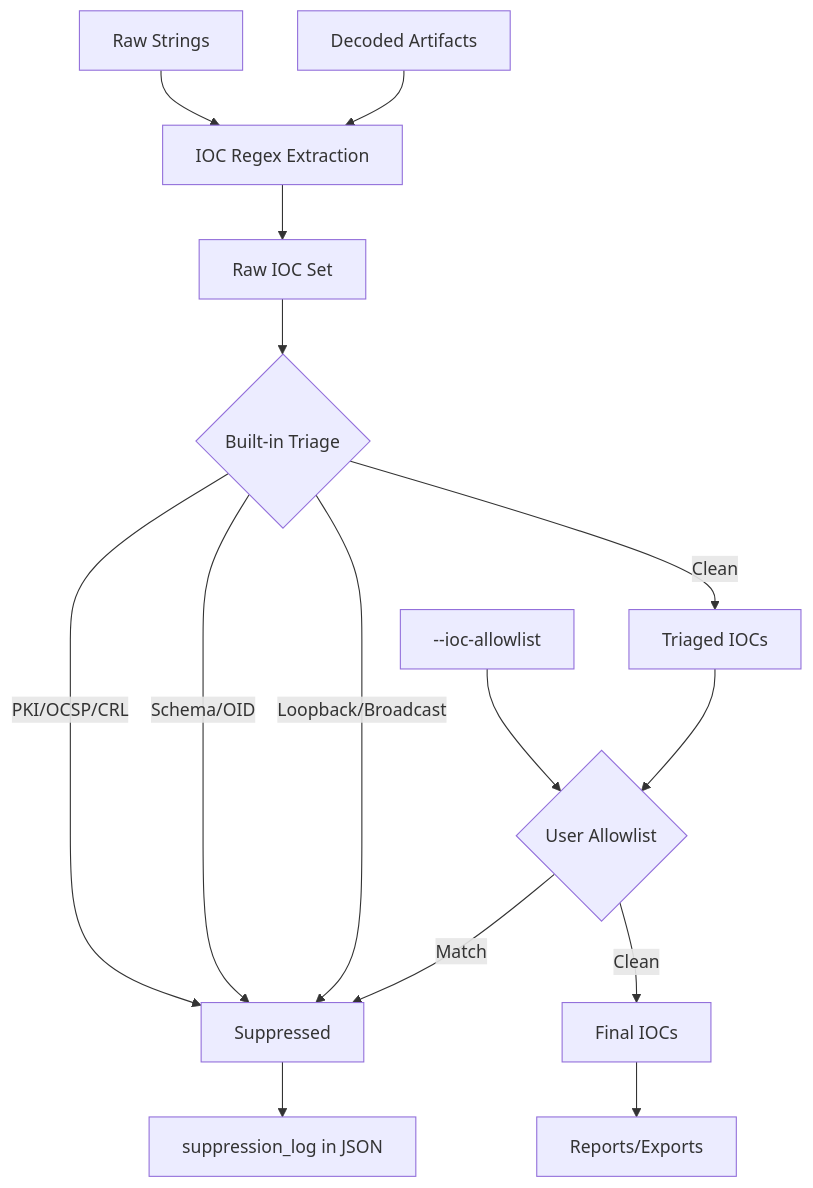
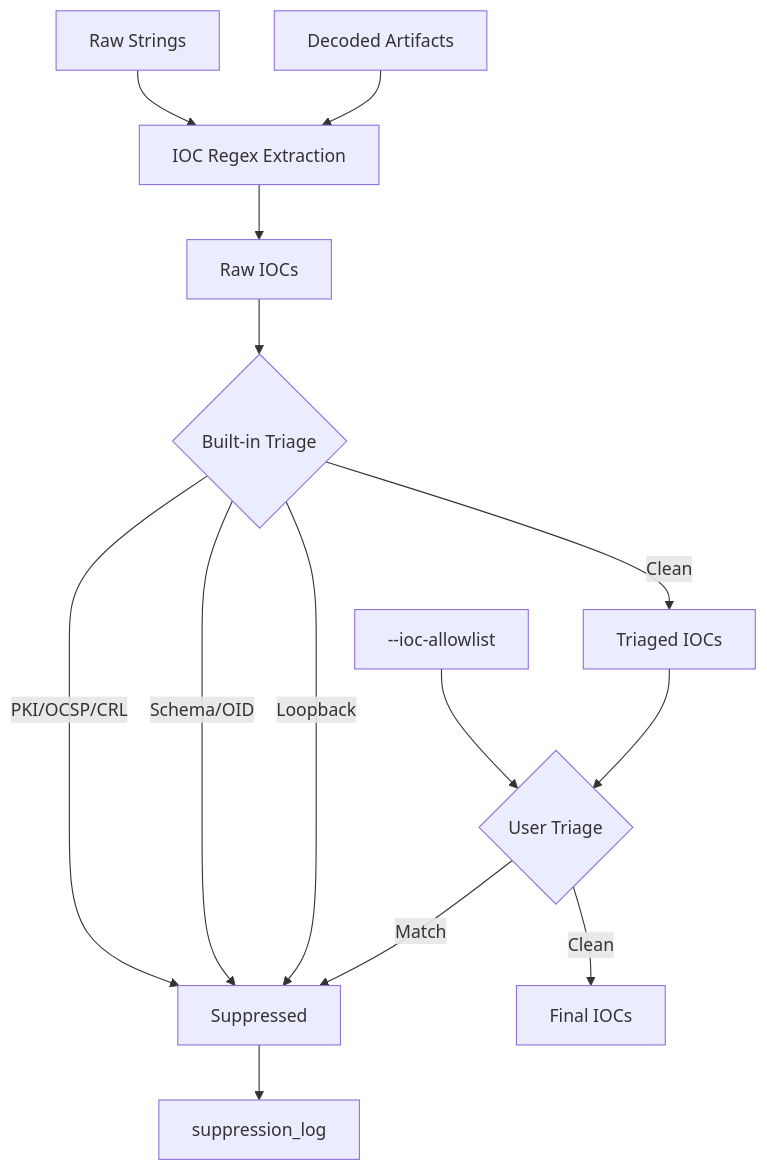
One commit to Masriyan/FlatScan changed the sixth of 7 diagrams in usage.md. Above: the diagram before and after it, drawn with Mermaid. The commit also changed other lines of this file and 11 other files, not shown here.

````diff
--- a/usage.md
+++ b/usage.md
@@ -534,19 +361,16 @@
 ```mermaid
 graph TD
     A[Raw Strings] --> B[IOC Regex Extraction]
     C[Decoded Artifacts] --> B
-    B --> D[Raw IOC Set]
+    B --> D[Raw IOCs]
     D --> E{Built-in Triage}
     E -->|PKI/OCSP/CRL| F[Suppressed]
     E -->|Schema/OID| F
-    E -->|Loopback/Broadcast| F
+    E -->|Loopback| F
     E -->|Clean| G[Triaged IOCs]
-    
-    H[--ioc-allowlist] --> I{User Allowlist}
+    H["--ioc-allowlist"] --> I{User Triage}
     G --> I
     I -->|Match| F
     I -->|Clean| J[Final IOCs]
-    
-    F --> K[suppression_log in JSON]
-    J --> L[Reports/Exports]
+    F --> K[suppression_log]
 ```
````
